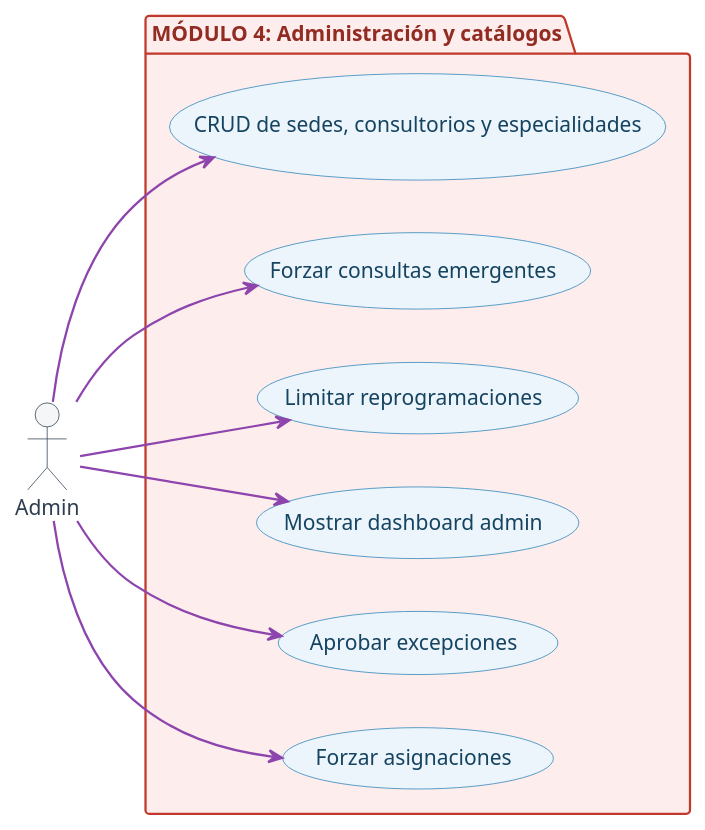
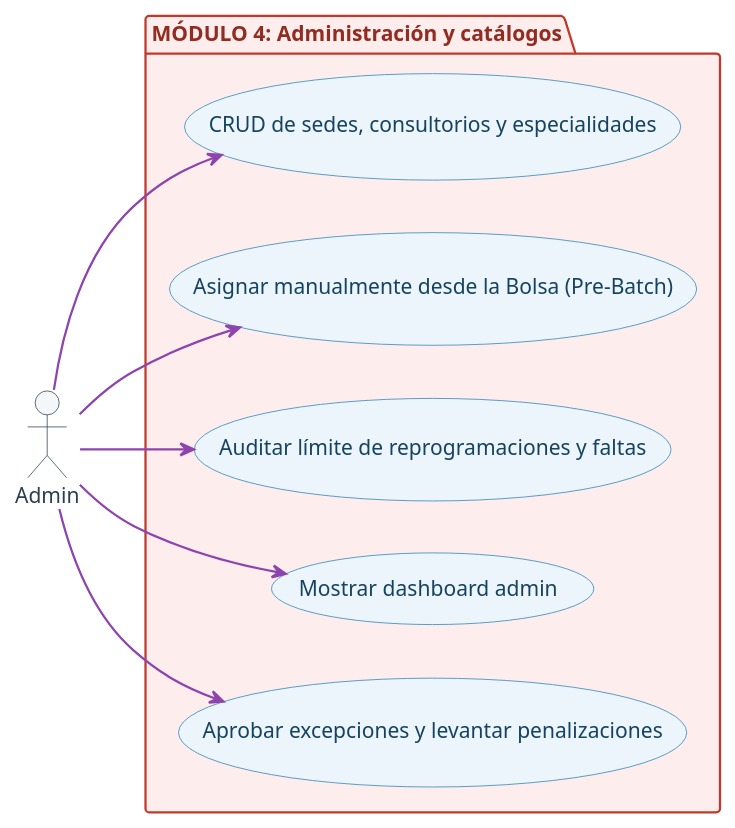
One commit to aron-quito/si-salud changed the diagram in docs/diagrams/casos_de_uso/modulo_4_administracion.puml. Above: the diagram before and after it, drawn with PlantUML. The commit also changed 21 other files, not shown here.

```diff
--- a/docs/diagrams/casos_de_uso/modulo_4_administracion.puml
+++ b/docs/diagrams/casos_de_uso/modulo_4_administracion.puml
@@ -1,44 +1,42 @@
 @startuml
 left to right direction
 
 skinparam shadowing false
 skinparam actor {
   BackgroundColor #F4F6F7
   BorderColor #2C3E50
   FontColor #2C3E50
 }
 skinparam usecase {
   BackgroundColor #EBF5FB
   BorderColor #2980B9
   FontColor #154360
   ArrowColor #2980B9
 }
 skinparam arrow {
   Color #34495E
   Thickness 1.5
 }
 skinparam package {
   BackgroundColor #FDEDEC
   BorderColor #C0392B
   FontColor #922B21
 }
 
 
 actor "Admin" as Adm
 
 package "MÓDULO 4: Administración y catálogos" {
   usecase "CRUD de sedes, consultorios y especialidades" as UC1
-  usecase "Forzar consultas emergentes" as UC2
-  usecase "Limitar reprogramaciones" as UC3
+  usecase "Asignar manualmente desde la Bolsa (Pre-Batch)" as UC2
+  usecase "Auditar límite de reprogramaciones y faltas" as UC3
   usecase "Mostrar dashboard admin" as UC4
-  usecase "Aprobar excepciones" as UC5
-  usecase "Forzar asignaciones" as UC6
+  usecase "Aprobar excepciones y levantar penalizaciones" as UC5
 }
 
 Adm -[#8E44AD]-> UC1
 Adm -[#8E44AD]-> UC2
 Adm -[#8E44AD]-> UC3
 Adm -[#8E44AD]-> UC4
 Adm -[#8E44AD]-> UC5
-Adm -[#8E44AD]-> UC6
 @enduml
```
